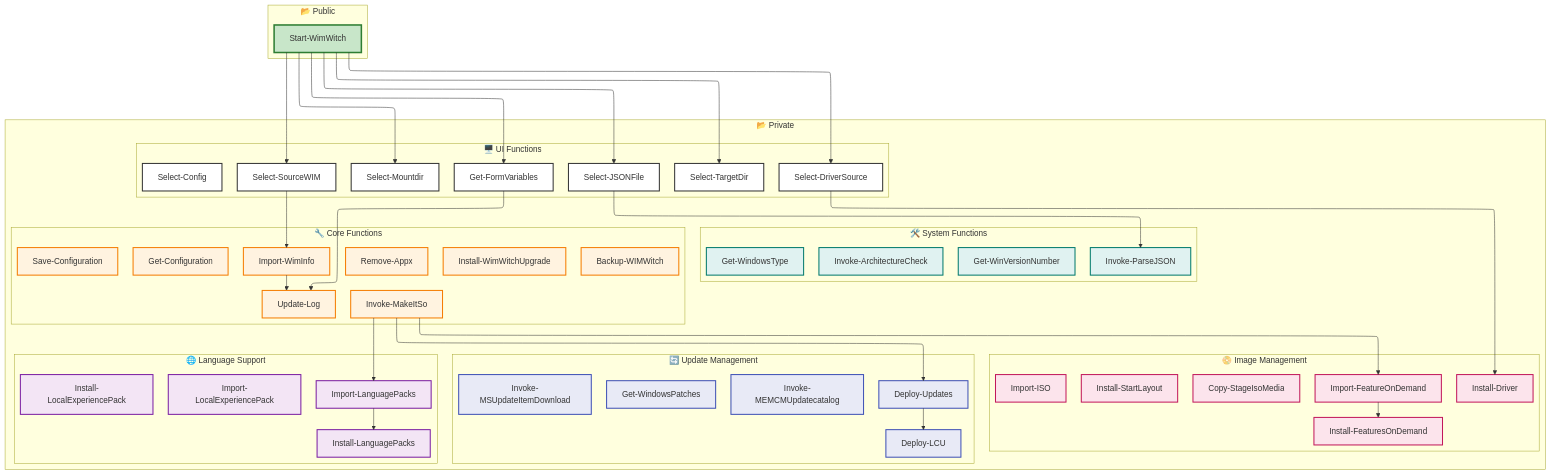
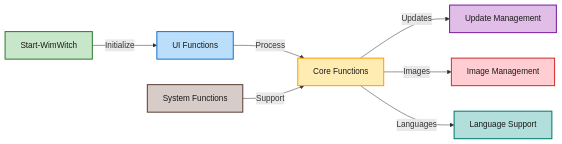
One commit to mchave3/WimWitch-Reloaded changed the diagram in src/functions/README.md. Above: the diagram before and after it, drawn with Mermaid. The commit also changed other lines of this file, not shown here.

Commit message:
Refactor README.md to improve function organization and update flowchart representation

````diff
--- a/src/functions/README.md
+++ b/src/functions/README.md
@@ -1,117 +68,30 @@
 ```mermaid
----
-config:
-  theme: default
-  layout: elk
----
-flowchart TB
- subgraph Public["📂 Public"]
-        Start["Start-WimWitch"]
-  end
- subgraph UI["🖥️ UI Functions"]
-        GetForm["Get-FormVariables"]
-        SelectConfig["Select-Config"]
-        SelectSourceWIM["Select-SourceWIM"]
-        SelectMountDir["Select-Mountdir"]
-        SelectJSONFile["Select-JSONFile"]
-        SelectTargetDir["Select-TargetDir"]
-        SelectDriverSource["Select-DriverSource"]
-  end
- subgraph Core["🔧 Core Functions"]
-    direction LR
-        UpdateLog["Update-Log"]
-        SaveConfig["Save-Configuration"]
-        GetConfig["Get-Configuration"]
-        ImportWimInfo["Import-WimInfo"]
-        RemoveAppx["Remove-Appx"]
-        BackupWW["Backup-WIMWitch"]
-        InstallWWUpgrade["Install-WimWitchUpgrade"]
-        InvokeMakeItSo["Invoke-MakeItSo"]
-  end
- subgraph Updates["🔄 Update Management"]
-    direction LR
-        GetWindowsPatches["Get-WindowsPatches"]
-        DeployUpdates["Deploy-Updates"]
-        DeployLCU["Deploy-LCU"]
-        InvokeMSUpdate["Invoke-MSUpdateItemDownload"]
-        InvokeMEMCMUpdate["Invoke-MEMCMUpdatecatalog"]
-  end
- subgraph Image["📀 Image Management"]
-    direction LR
-        InstallStartLayout["Install-StartLayout"]
-        ImportISO["Import-ISO"]
-        CopyStageMedia["Copy-StageIsoMedia"]
-        InstallDrivers["Install-Driver"]
-        ImportFOD["Import-FeatureOnDemand"]
-        InstallFOD["Install-FeaturesOnDemand"]
-  end
- subgraph Language["🌐 Language Support"]
-        ImportLP["Import-LanguagePacks"]
-        InstallLP["Install-LanguagePacks"]
-        ImportLEP["Import-LocalExperiencePack"]
-        InstallLEP["Install-LocalExperiencePack"]
-  end
- subgraph System["🛠️ System Functions"]
-        CheckArch["Invoke-ArchitectureCheck"]
-        GetWinVer["Get-WinVersionNumber"]
-        GetWindowsType["Get-WindowsType"]
-        InvokeParseJSON["Invoke-ParseJSON"]
-  end
- subgraph Private["📂 Private"]
-    direction TB
-        UI
-        Core
-        Updates
-        Image
-        Language
-        System
-  end
-    Start --> GetForm & SelectSourceWIM & SelectMountDir & SelectJSONFile & SelectTargetDir & SelectDriverSource
-    GetForm --> UpdateLog
-    SelectSourceWIM --> ImportWimInfo
-    ImportWimInfo --> UpdateLog
-    SelectJSONFile --> InvokeParseJSON
-    SelectDriverSource --> InstallDrivers
-    InvokeMakeItSo --> DeployUpdates & ImportFOD & ImportLP
-    DeployUpdates --> DeployLCU
-    ImportFOD --> InstallFOD
-    ImportLP --> InstallLP
-     Start:::public
-     UpdateLog:::core
-     SaveConfig:::core
-     GetConfig:::core
-     ImportWimInfo:::core
-     RemoveAppx:::core
-     BackupWW:::core
-     InstallWWUpgrade:::core
-     InvokeMakeItSo:::core
-     GetWindowsPatches:::updates
-     DeployUpdates:::updates
-     DeployLCU:::updates
-     InvokeMSUpdate:::updates
-     InvokeMEMCMUpdate:::updates
-     InstallStartLayout:::image
-     ImportISO:::image
-     CopyStageMedia:::image
-     InstallDrivers:::image
-     ImportFOD:::image
-     InstallFOD:::image
-     ImportLP:::language
-     InstallLP:::language
-     ImportLEP:::language
-     InstallLEP:::language
-     CheckArch:::system
-     GetWinVer:::system
-     GetWindowsType:::system
-     InvokeParseJSON:::system
-    classDef default fill:#ffffff,stroke:#333,stroke-width:2px
-    classDef folder fill:#e1f5fe,stroke:#0288d1,stroke-width:2px
-    classDef public fill:#c8e6c9,stroke:#2e7d32,stroke-width:3px
-    classDef function fill:#ffffff,stroke:#555,stroke-width:2px
-    classDef core fill:#fff3e0,stroke:#f57c00,stroke-width:2px
-    classDef updates fill:#e8eaf6,stroke:#3f51b5,stroke-width:2px
-    classDef image fill:#fce4ec,stroke:#c2185b,stroke-width:2px
-    classDef language fill:#f3e5f5,stroke:#7b1fa2,stroke-width:2px
-    classDef system fill:#e0f2f1,stroke:#00796b,stroke-width:2px
+graph LR
+    %% Styles
+    classDef publicModule fill:#c8e6c9,stroke:#2e7d32,stroke-width:2px,color:#1a1a1a
+    classDef uiModule fill:#bbdefb,stroke:#1976d2,stroke-width:2px,color:#1a1a1a
+    classDef coreModule fill:#ffecb3,stroke:#ffa000,stroke-width:2px,color:#1a1a1a
+    classDef updateModule fill:#e1bee7,stroke:#7b1fa2,stroke-width:2px,color:#1a1a1a
+    classDef imageModule fill:#ffcdd2,stroke:#d32f2f,stroke-width:2px,color:#1a1a1a
+    classDef langModule fill:#b2dfdb,stroke:#00796b,stroke-width:2px,color:#1a1a1a
+    classDef sysModule fill:#d7ccc8,stroke:#5d4037,stroke-width:2px,color:#1a1a1a
 
+    %% Main Components
+    Start[Start-WimWitch]:::publicModule
+    UI[UI Functions]:::uiModule
+    Core[Core Functions]:::coreModule
+    
+    %% Supporting Modules
+    Updates[Update Management]:::updateModule
+    Image[Image Management]:::imageModule
+    Lang[Language Support]:::langModule
+    Sys[System Functions]:::sysModule
+
+    %% Connections
+    Start --> |"Initialize"| UI
+    UI --> |"Process"| Core
+    Core --> |"Updates"| Updates
+    Core --> |"Images"| Image
+    Core --> |"Languages"| Lang
+    Sys --> |"Support"| Core
 ```
````
